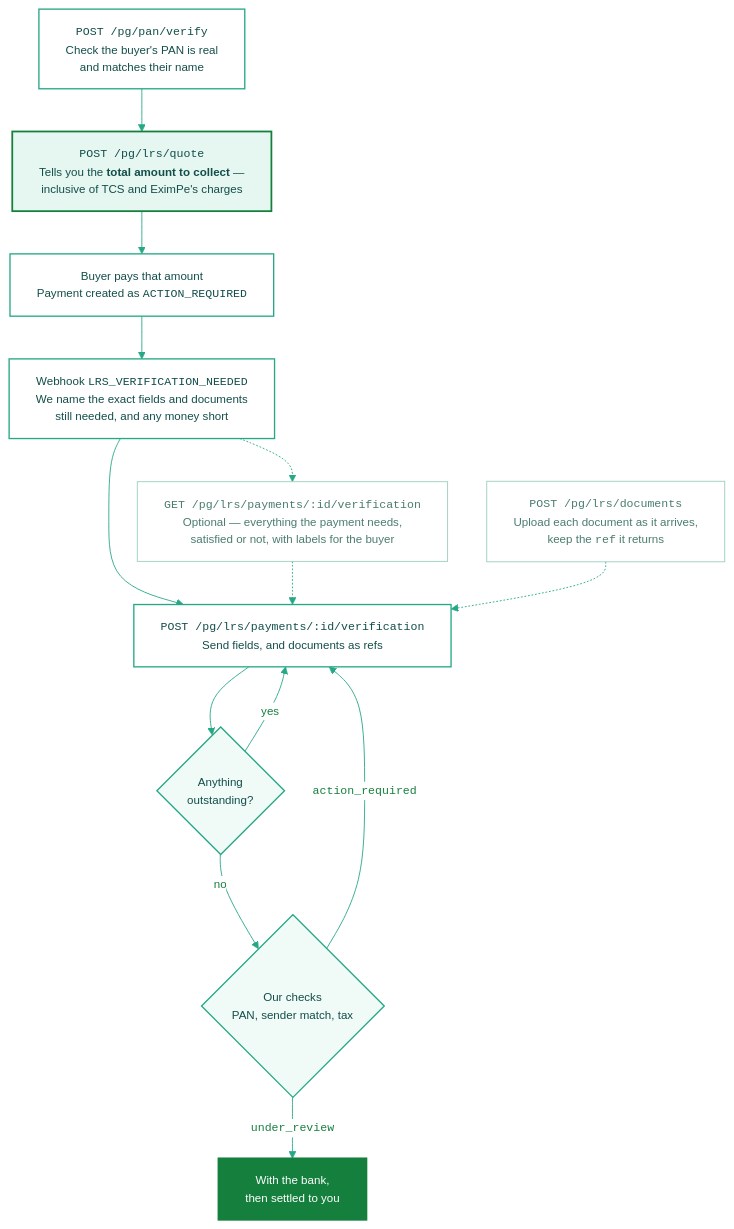
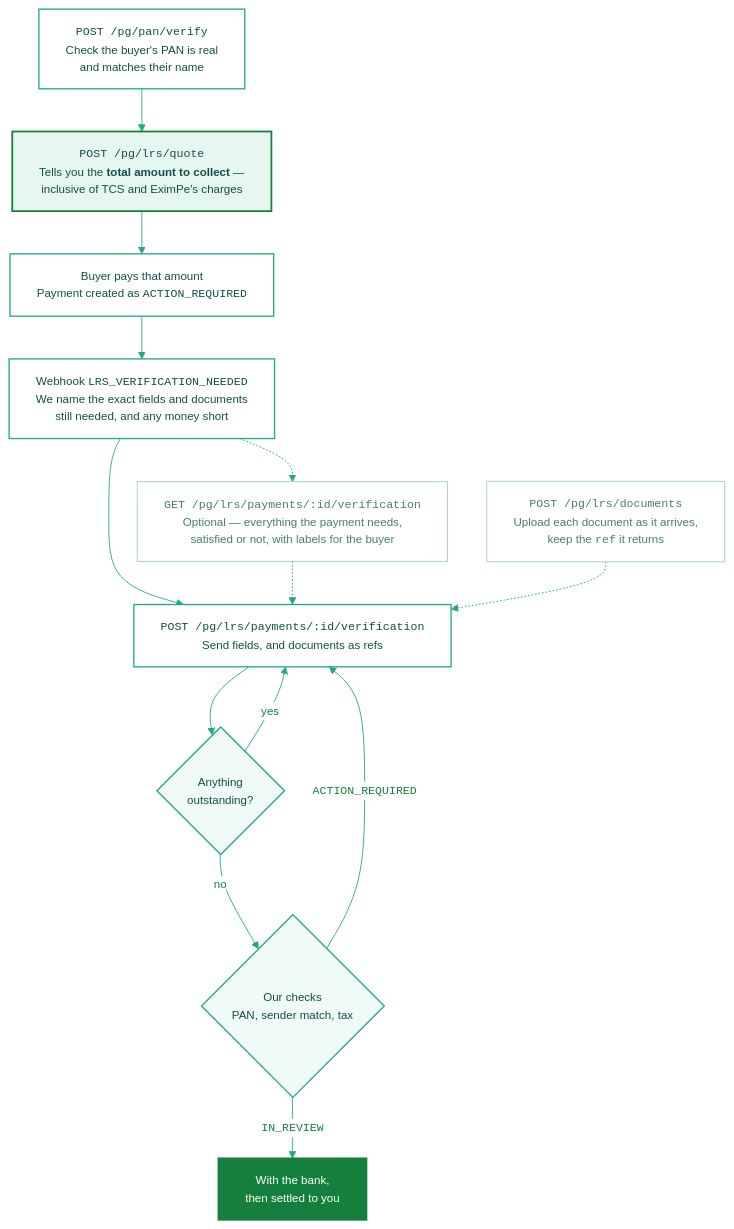
One commit to akhil-kumar-mg-mint/docs changed the diagram in integration-guide/v3/web-integration/lrs-verification.mdx. Above: the diagram before and after it, drawn with Mermaid. The commit also changed other lines of this file and 6 other files, not shown here.

````diff
--- a/integration-guide/v3/web-integration/lrs-verification.mdx
+++ b/integration-guide/v3/web-integration/lrs-verification.mdx
@@ -20,49 +20,49 @@
 ```mermaid
 %%{init: {
   "theme": "base",
   "themeVariables": {
     "fontFamily": "ui-sans-serif, system-ui, -apple-system, sans-serif",
     "fontSize": "13px",
     "primaryColor": "#ffffff",
     "primaryTextColor": "#15803d",
     "primaryBorderColor": "#26a887",
     "lineColor": "#26a887",
     "tertiaryColor": "#ffffff",
     "edgeLabelBackground": "#ffffff"
   },
   "flowchart": { "curve": "basis", "htmlLabels": true, "wrappingWidth": 340, "nodeSpacing": 44, "rankSpacing": 48 }
 }}%%
 flowchart TD
     A["<code>POST /pg/pan/verify</code><br/>Check the buyer's PAN is real<br/>and matches their name"]
     B["<code>POST /pg/lrs/quote</code><br/>Tells you the <b>total amount to collect</b> —<br/>inclusive of TCS and EximPe's charges"]
     C["Buyer pays that amount<br/>Payment created as <code>ACTION_REQUIRED</code>"]
     D["Webhook <code>LRS_VERIFICATION_NEEDED</code><br/>We name the exact fields and documents<br/>still needed, and any money short"]
     E["<code>POST /pg/lrs/payments/:id/verification</code><br/>Send fields, and documents as refs"]
     F{"Anything<br/>outstanding?"}
     G{"Our checks<br/>PAN, sender match, tax"}
     H["With the bank,<br/>then settled to you"]
     X["<code>GET /pg/lrs/payments/:id/verification</code><br/>Optional — everything the payment needs,<br/>satisfied or not, with labels for the buyer"]
     U["<code>POST /pg/lrs/documents</code><br/>Upload each document as it arrives,<br/>keep the <code>ref</code> it returns"]
 
     A --> B --> C --> D --> E --> F
     F -- "yes" --> E
     F -- "no" --> G
-    G -- "<code>action_required</code>" --> E
-    G -- "<code>under_review</code>" --> H
+    G -- "<code>ACTION_REQUIRED</code>" --> E
+    G -- "<code>IN_REVIEW</code>" --> H
     D -.-> X
     X -.-> E
     U -.-> E
 
     classDef step fill:#ffffff,stroke:#26a887,stroke-width:1.5px,color:#134e4a
     classDef gate fill:#f0faf7,stroke:#26a887,stroke-width:1.5px,color:#134e4a
     classDef emphasis fill:#e6f6f1,stroke:#15803d,stroke-width:2px,color:#134e4a
     classDef done fill:#15803d,stroke:#15803d,stroke-width:2px,color:#ffffff
     classDef aside fill:#ffffff,stroke:#9ccdbf,stroke-width:1px,color:#4a7c6f
 
     class A,C,D,E step
     class B emphasis
     class F,G gate
     class H done
     class X,U aside
 
 ```
````
